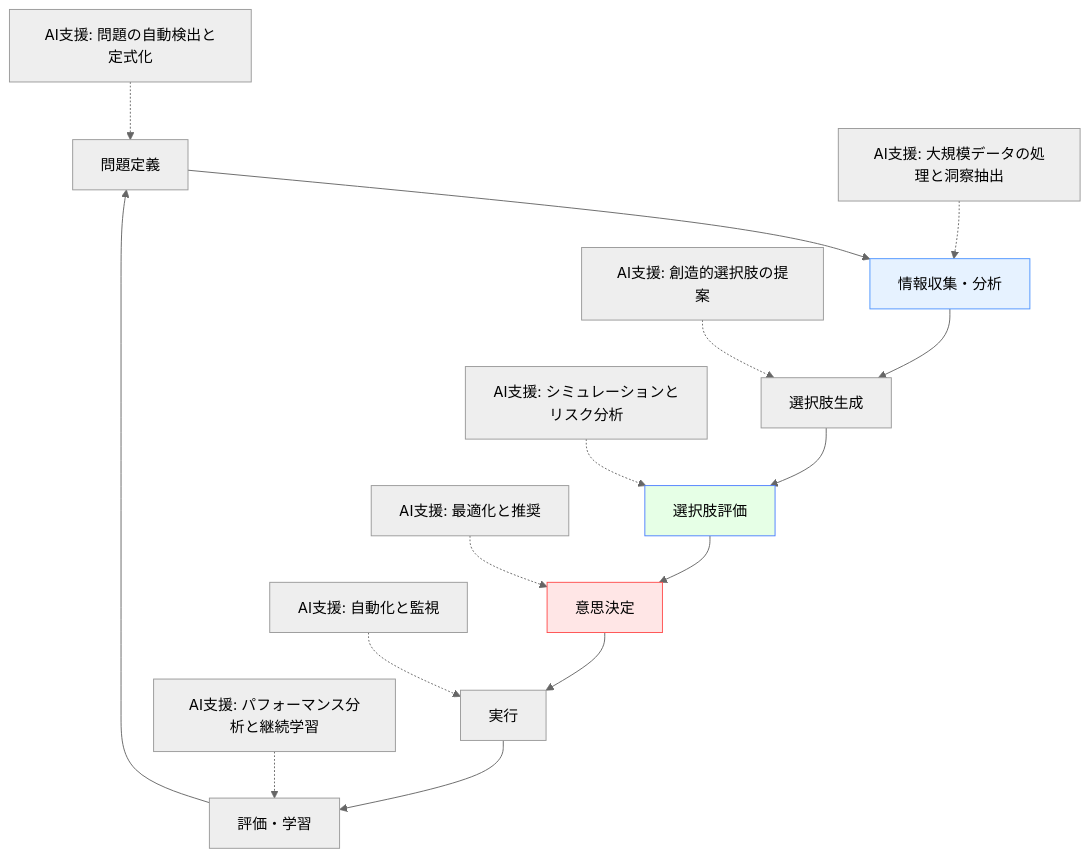
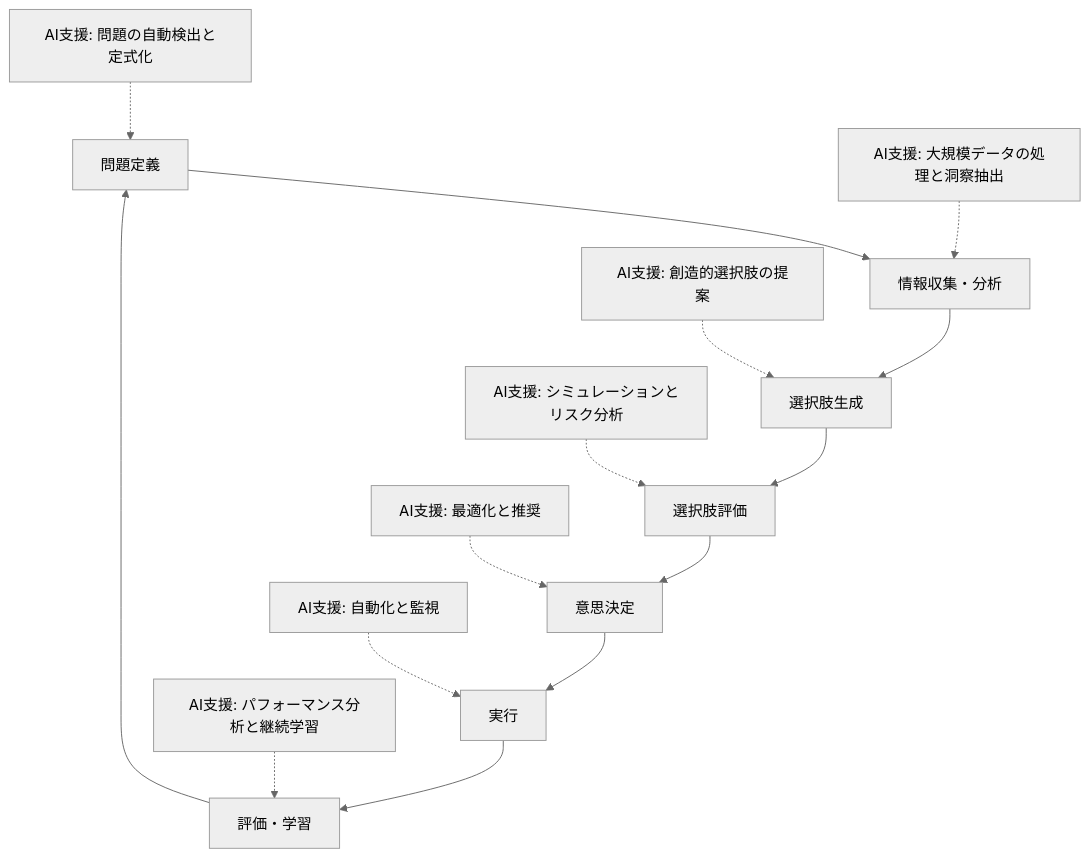
The first of 6 diagrams in docs/ai-and-future/ai-dm-context.md (shuji-bonji/Situational-Awareness-and-Decision-Making), drawn with Mermaid (neutral theme) before and after one commit. The commit also changed other lines of this file and 49 other files, not shown here.

Commit message:
fix: ダークモードで見づらい図の色の変更

````diff
--- a/docs/ai-and-future/ai-dm-context.md
+++ b/docs/ai-and-future/ai-dm-context.md
@@ -22,22 +22,18 @@
 ```mermaid
 graph TD
     A[問題定義] --> B[情報収集・分析]
     B --> C[選択肢生成]
     C --> D[選択肢評価]
     D --> E[意思決定]
     E --> F[実行]
     F --> G[評価・学習]
     G --> A
     
     H1[AI支援: 問題の自動検出と定式化] -.-> A
     H2[AI支援: 大規模データの処理と洞察抽出] -.-> B
     H3[AI支援: 創造的選択肢の提案] -.-> C
     H4[AI支援: シミュレーションとリスク分析] -.-> D
     H5[AI支援: 最適化と推奨] -.-> E
     H6[AI支援: 自動化と監視] -.-> F
     H7[AI支援: パフォーマンス分析と継続学習] -.-> G
-    
-    style B fill:#e6f2ff,stroke:#4d94ff
-    style D fill:#e6ffe6,stroke:#4d7fff
-    style E fill:#ffe6e6,stroke:#ff4d4d
 ```
````
